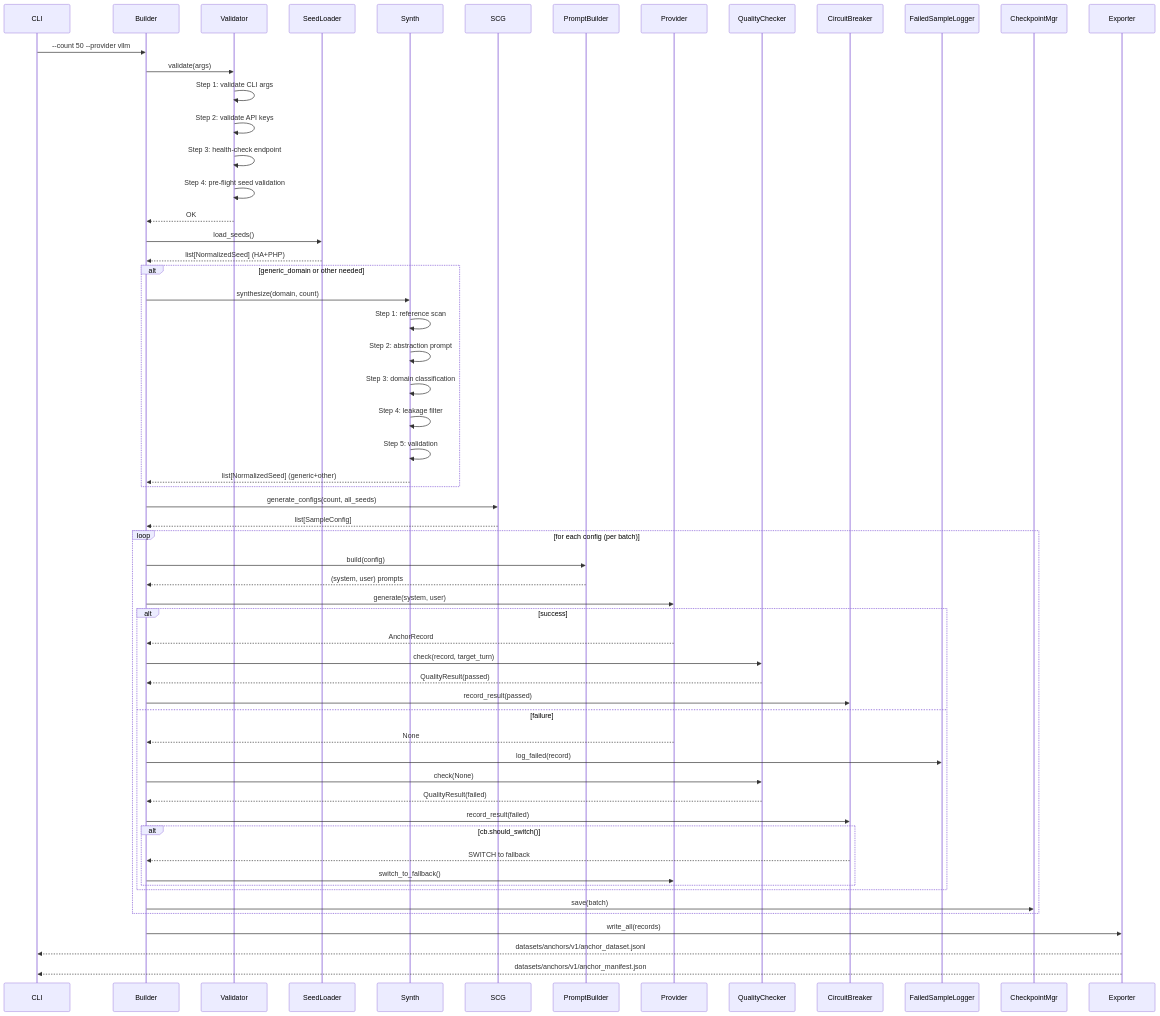
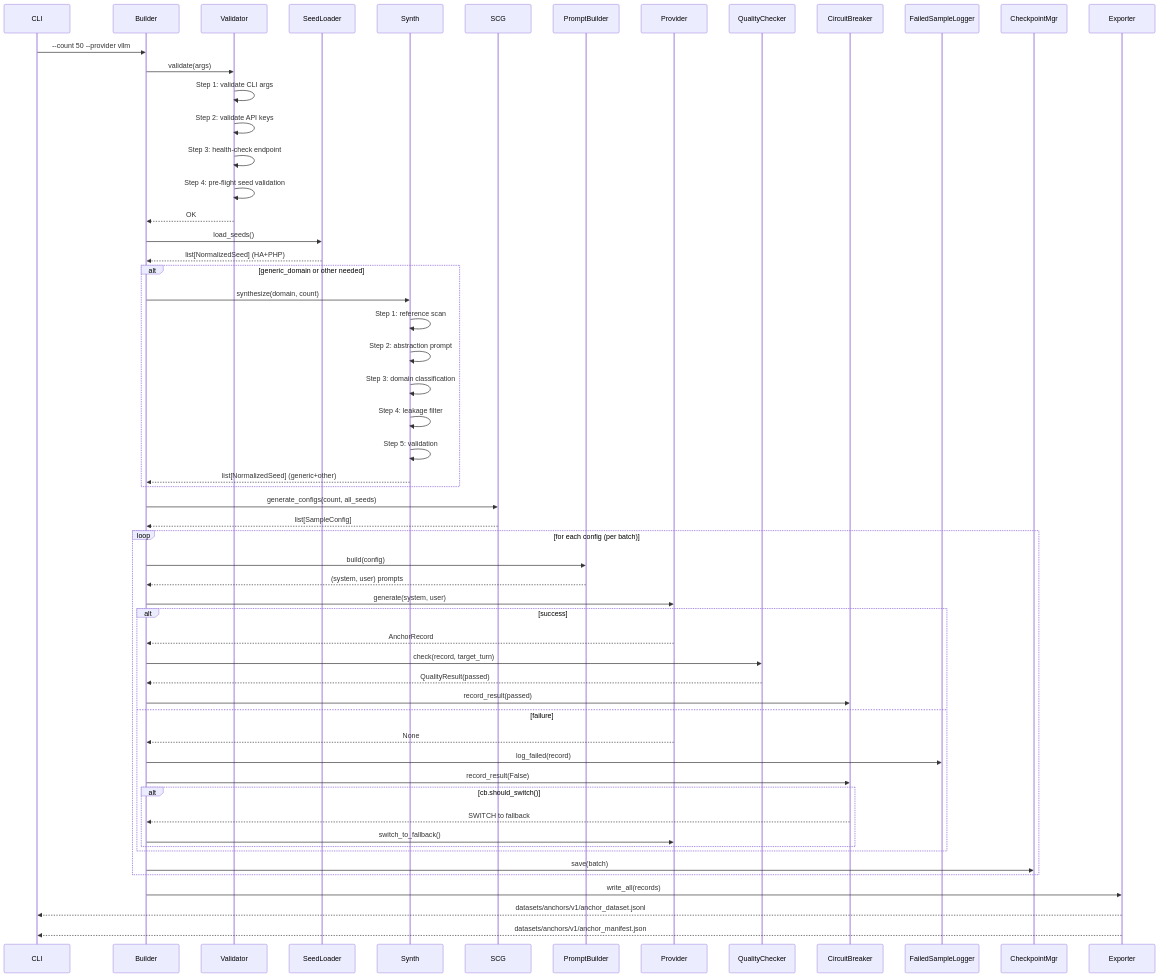
One commit to informatico-madrid/Architect-Expert-Gap-Forge changed the second of 2 diagrams in specs/anchor-dataset/design.md. Above: the diagram before and after it, drawn with Mermaid. The commit also changed other lines of this file, not shown here.

Commit message:
spec(anchor-dataset): Round 4 adversarial fixes — wire calibration threshold, fix sequence diagram, remove delegation arrows, fix task numbering, remove hardcoded CB threshold

````diff
--- a/specs/anchor-dataset/design.md
+++ b/specs/anchor-dataset/design.md
@@ -1230,67 +1248,65 @@
 ```mermaid
 sequenceDiagram
     participant CLI
     participant Builder
     participant Validator
     participant SeedLoader
     participant Synth
     participant SCG
     participant PromptBuilder
     participant Provider
     participant QC as QualityChecker
     participant CB as CircuitBreaker
     participant FSL as FailedSampleLogger
     participant CM as CheckpointMgr
     participant Exporter
 
     CLI->>Builder: --count 50 --provider vllm
     Builder->>Validator: validate(args)
     Validator->>Validator: Step 1: validate CLI args
     Validator->>Validator: Step 2: validate API keys
     Validator->>Validator: Step 3: health-check endpoint
     Validator->>Validator: Step 4: pre-flight seed validation
     Validator-->>Builder: OK
 
     Builder->>SeedLoader: load_seeds()
     SeedLoader-->>Builder: list[NormalizedSeed] (HA+PHP)
 
     alt generic_domain or other needed
         Builder->>Synth: synthesize(domain, count)
         Synth->>Synth: Step 1: reference scan
         Synth->>Synth: Step 2: abstraction prompt
         Synth->>Synth: Step 3: domain classification
         Synth->>Synth: Step 4: leakage filter
         Synth->>Synth: Step 5: validation
         Synth-->>Builder: list[NormalizedSeed] (generic+other)
     end
 
     Builder->>SCG: generate_configs(count, all_seeds)
     SCG-->>Builder: list[SampleConfig]
 
     loop for each config (per batch)
         Builder->>PromptBuilder: build(config)
         PromptBuilder-->>Builder: (system, user) prompts
         Builder->>Provider: generate(system, user)
         alt success
             Provider-->>Builder: AnchorRecord
             Builder->>QC: check(record, target_turn)
             QC-->>Builder: QualityResult(passed)
             Builder->>CB: record_result(passed)
         else failure
             Provider-->>Builder: None
             Builder->>FSL: log_failed(record)
-            Builder->>QC: check(None)
-            QC-->>Builder: QualityResult(failed)
-            Builder->>CB: record_result(failed)
+            Builder->>CB: record_result(False)
             alt cb.should_switch()
                 CB-->>Builder: SWITCH to fallback
                 Builder->>Provider: switch_to_fallback()
             end
         end
         Builder->>CM: save(batch)
     end
 
     Builder->>Exporter: write_all(records)
     Exporter-->>CLI: datasets/anchors/v1/anchor_dataset.jsonl
     Exporter-->>CLI: datasets/anchors/v1/anchor_manifest.json
 ```
````
